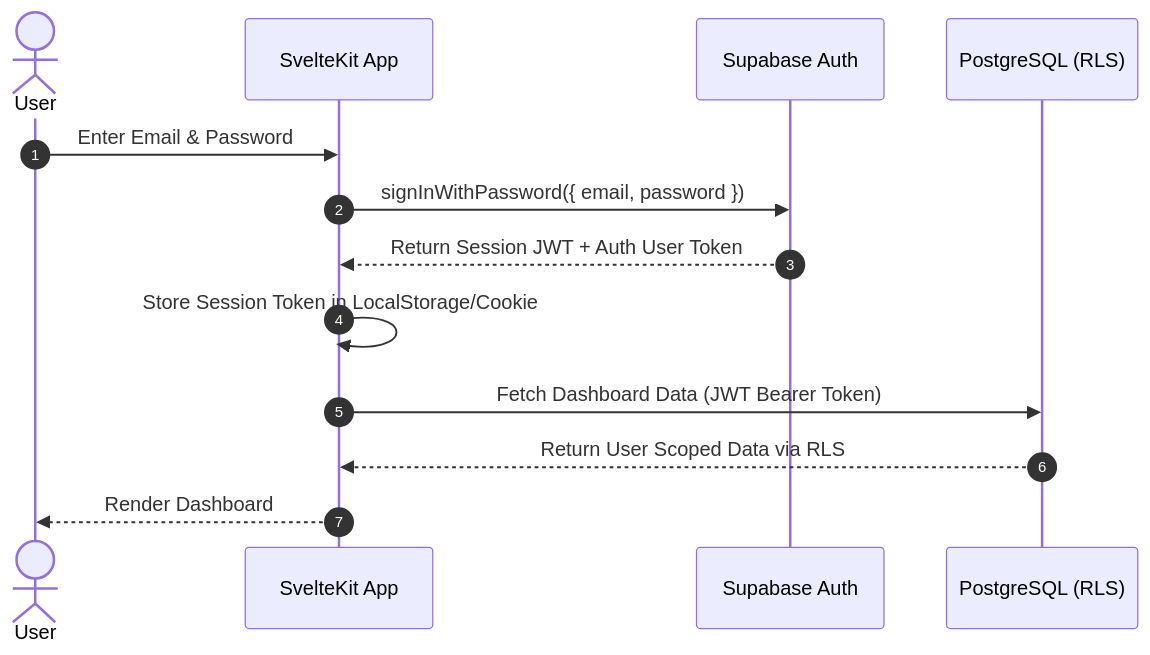
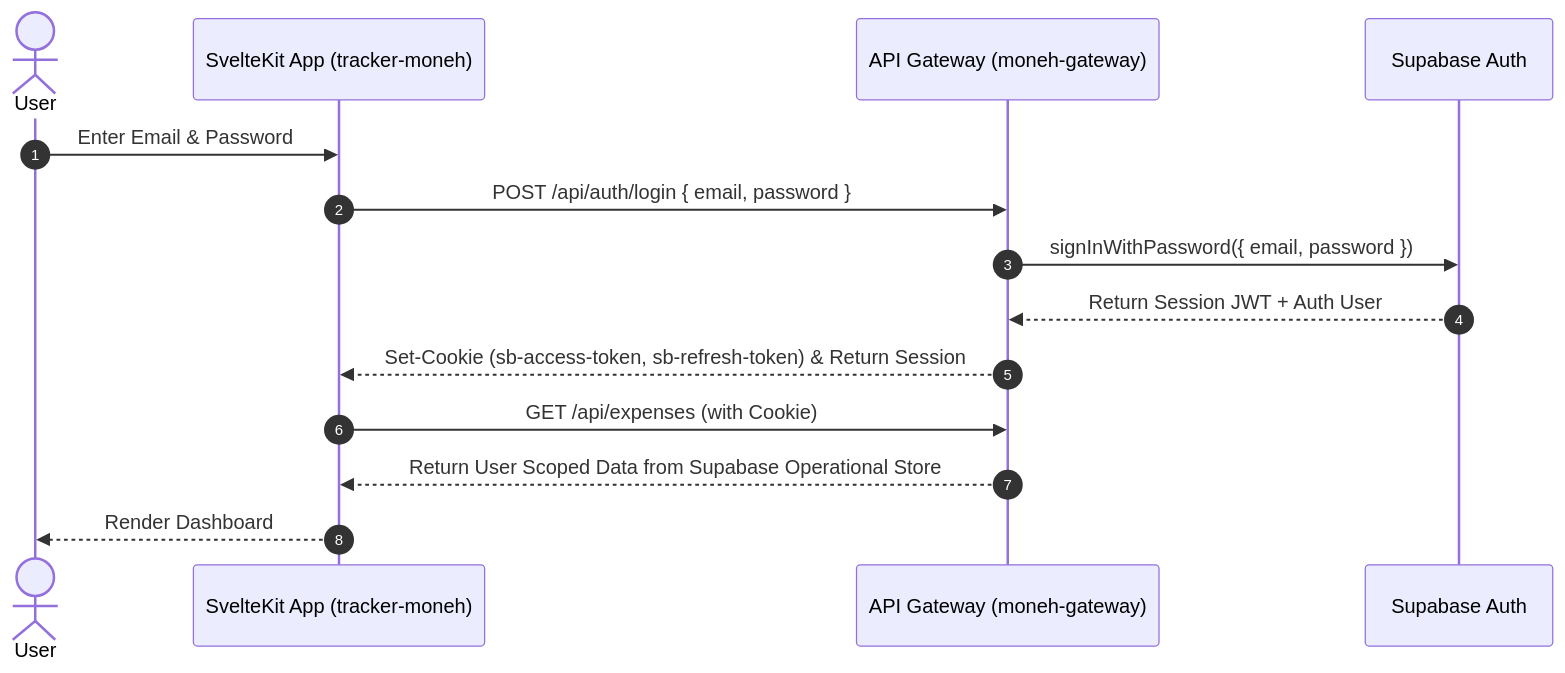
The first of 3 diagrams in docs/ARCHITECTURE.md (novianr90/tracker-moneh), drawn with Mermaid before and after one commit. The commit also changed other lines of this file and 38 other files, not shown here.

First line of the commit message:
feat: centralize API communication to moneh-gateway (#27)

````diff
--- a/docs/ARCHITECTURE.md
+++ b/docs/ARCHITECTURE.md
@@ -46,16 +79,17 @@
 ```mermaid
 sequenceDiagram
     autonumber
     actor User
-    participant App as SvelteKit App
+    participant App as SvelteKit App (tracker-moneh)
+    participant GW as API Gateway (moneh-gateway)
     participant Supabase as Supabase Auth
-    participant DB as PostgreSQL (RLS)
 
     User->>App: Enter Email & Password
-    App->>Supabase: signInWithPassword({ email, password })
-    Supabase-->>App: Return Session JWT + Auth User Token
-    App->>App: Store Session Token in LocalStorage/Cookie
-    App->>DB: Fetch Dashboard Data (JWT Bearer Token)
-    DB-->>App: Return User Scoped Data via RLS
+    App->>GW: POST /api/auth/login { email, password }
+    GW->>Supabase: signInWithPassword({ email, password })
+    Supabase-->>GW: Return Session JWT + Auth User
+    GW-->>App: Set-Cookie (sb-access-token, sb-refresh-token) & Return Session
+    App->>GW: GET /api/expenses (with Cookie)
+    GW-->>App: Return User Scoped Data from Supabase Operational Store
     App-->>User: Render Dashboard
 ```
````
